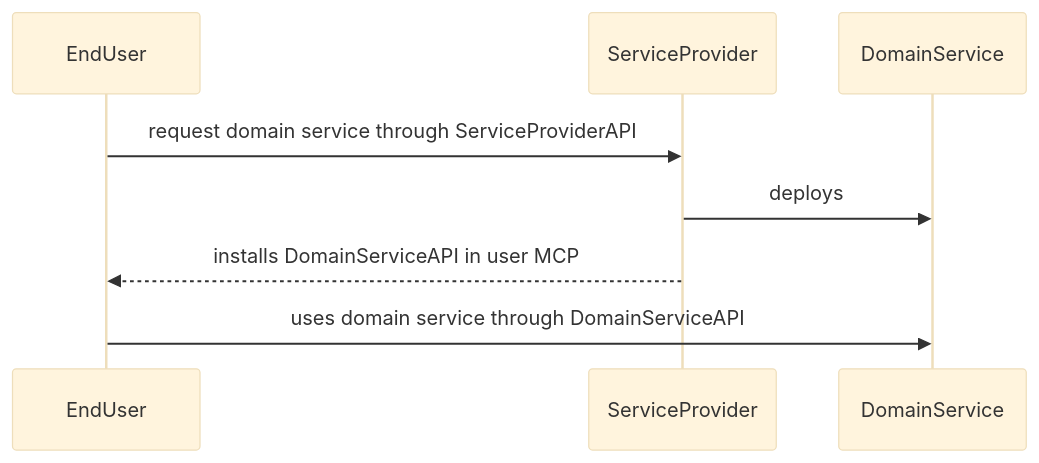
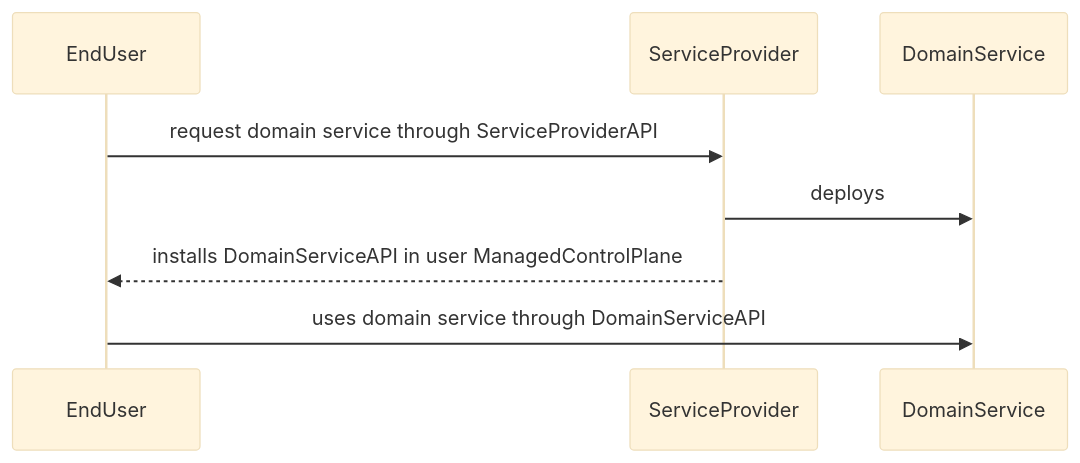
The second of 7 diagrams in docs/developers/serviceprovider/design.md (openmcp-project/docs), drawn with Mermaid (base theme) before and after one commit. The commit also changed other lines of this file and 19 other files, not shown here.

````diff
--- a/docs/developers/serviceprovider/design.md
+++ b/docs/developers/serviceprovider/design.md
@@ -61,13 +61,13 @@
 ```mermaid
 sequenceDiagram
     %% participants
     participant usr as EndUser
     participant sp as ServiceProvider
     participant ds as DomainService
 
     %% messages
     usr->>sp: request domain service through ServiceProviderAPI
     sp->>ds: deploys
-    sp-->>usr: installs DomainServiceAPI in user MCP
+    sp-->>usr: installs DomainServiceAPI in user ManagedControlPlane
     usr->>ds: uses domain service through DomainServiceAPI
 ```
````
